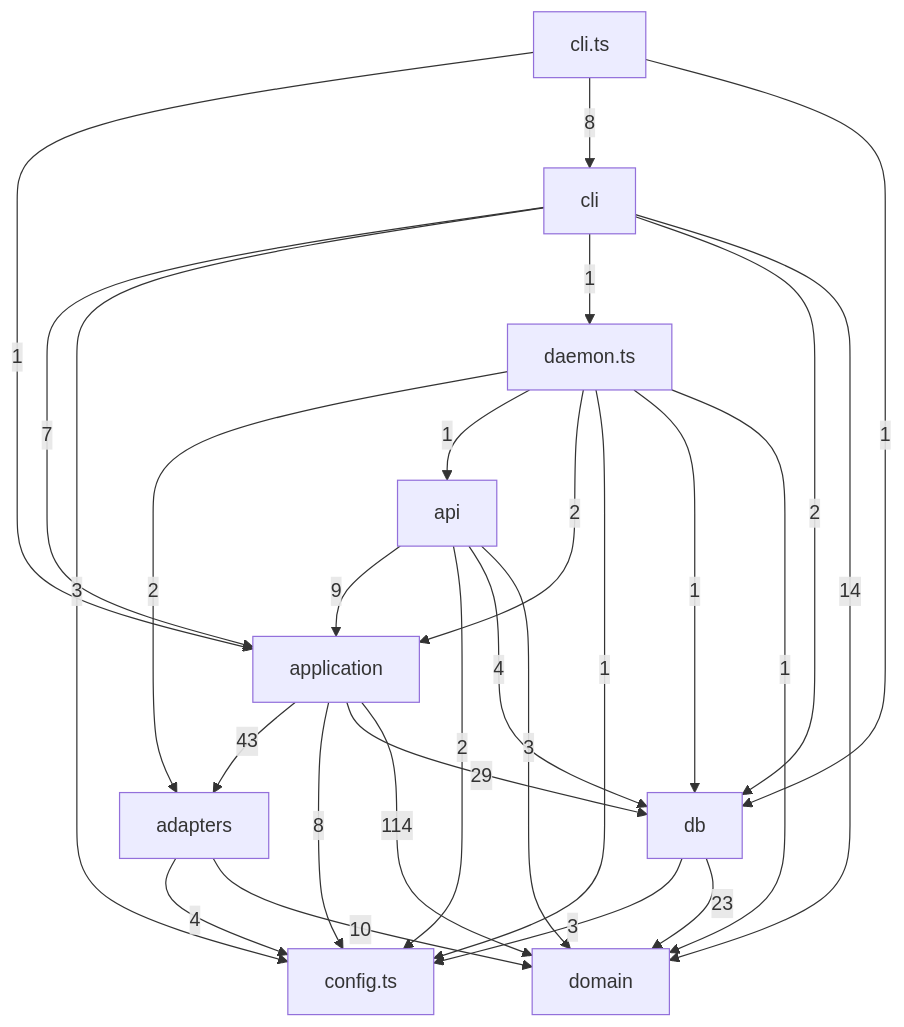
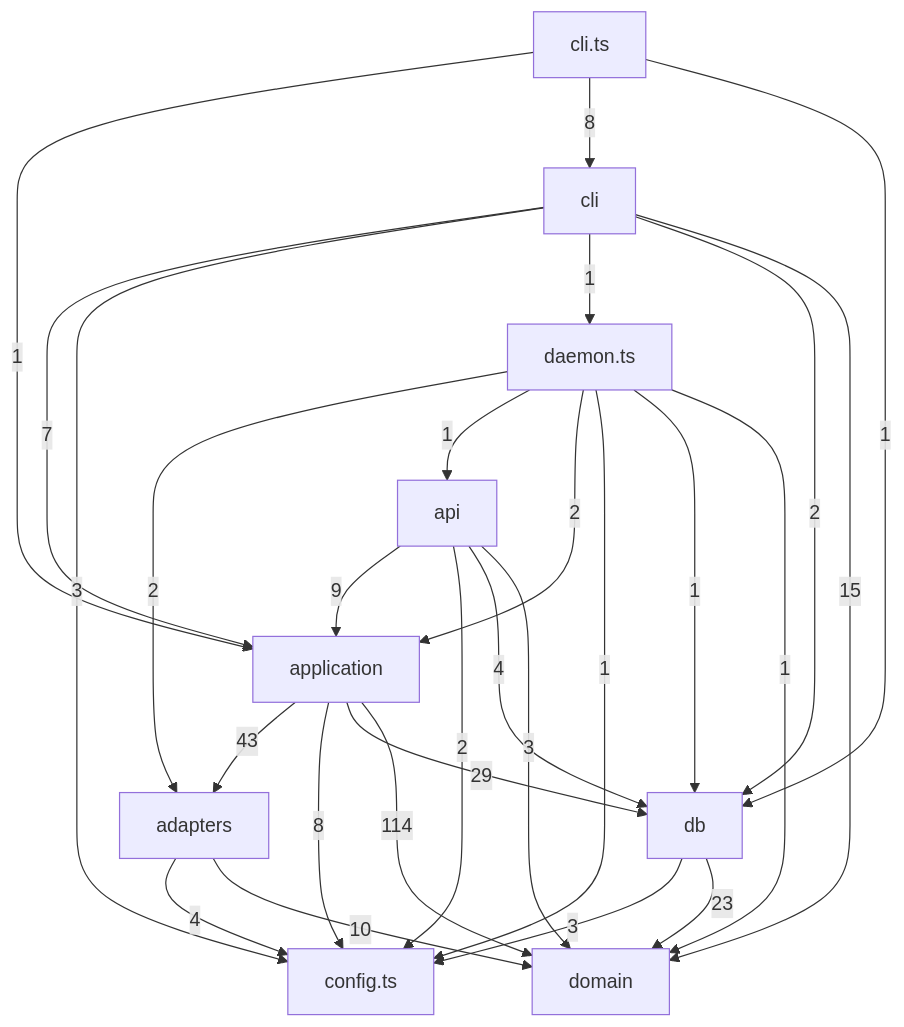
One commit to tomrobdev/agentdeck changed the third of 5 diagrams in docs/architecture.md. Above: the diagram before and after it, drawn with Mermaid. The commit also changed other lines of this file and 22 other files, not shown here.

````diff
--- a/docs/architecture.md
+++ b/docs/architecture.md
@@ -101,38 +101,38 @@
 ```mermaid
 flowchart TD
   adapters["adapters"]
   api["api"]
   application["application"]
   cli["cli"]
   cli_ts["cli.ts"]
   config_ts["config.ts"]
   daemon_ts["daemon.ts"]
   db["db"]
   domain["domain"]
   adapters -->|4| config_ts
   adapters -->|10| domain
   api -->|9| application
   api -->|2| config_ts
   api -->|4| db
   api -->|3| domain
   application -->|43| adapters
   application -->|8| config_ts
   application -->|29| db
   application -->|114| domain
   cli_ts -->|1| application
   cli_ts -->|8| cli
   cli_ts -->|1| db
   cli -->|7| application
   cli -->|3| config_ts
   cli -->|1| daemon_ts
   cli -->|2| db
-  cli -->|14| domain
+  cli -->|15| domain
   daemon_ts -->|2| adapters
   daemon_ts -->|1| api
   daemon_ts -->|2| application
   daemon_ts -->|1| config_ts
   daemon_ts -->|1| db
   daemon_ts -->|1| domain
   db -->|3| config_ts
   db -->|23| domain
 ```
````
